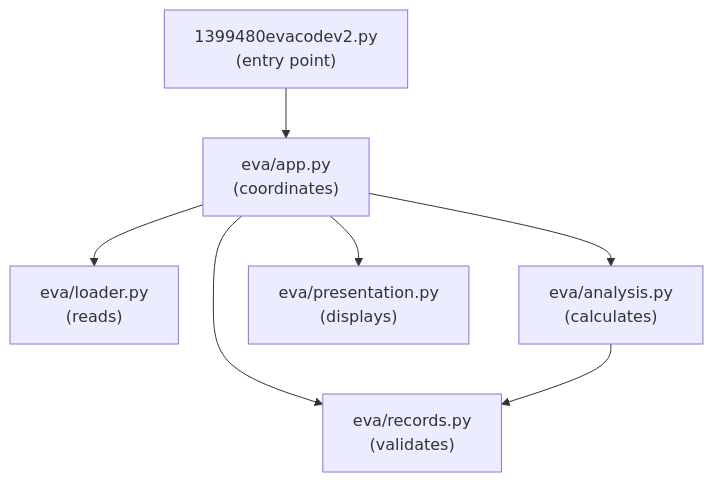
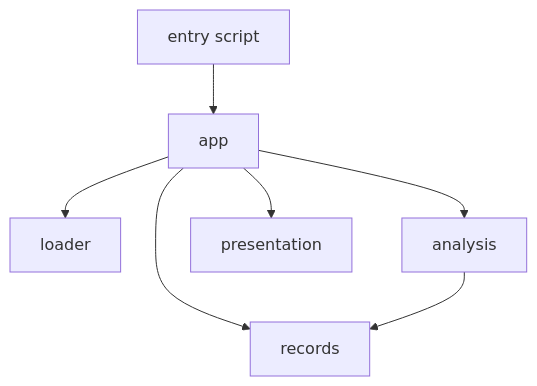
The diagram in docs/architecture.md (Patrickwalsh33/EvaDataExercise), drawn with Mermaid before and after one commit. The commit also changed other lines of this file and 10 other files, not shown here.

````diff
--- a/docs/architecture.md
+++ b/docs/architecture.md
@@ -48,9 +37,9 @@
 ```mermaid
 graph TD
-    entry["1399480evacodev2.py<br/>(entry point)"] --> app["eva/app.py<br/>(coordinates)"]
-    app --> loader["eva/loader.py<br/>(reads)"]
-    app --> records["eva/records.py<br/>(validates)"]
-    app --> analysis["eva/analysis.py<br/>(calculates)"]
-    app --> presentation["eva/presentation.py<br/>(displays)"]
+    entry["entry script"] --> app
+    app --> loader
+    app --> records
+    app --> analysis
+    app --> presentation
     analysis --> records
 ```
````
